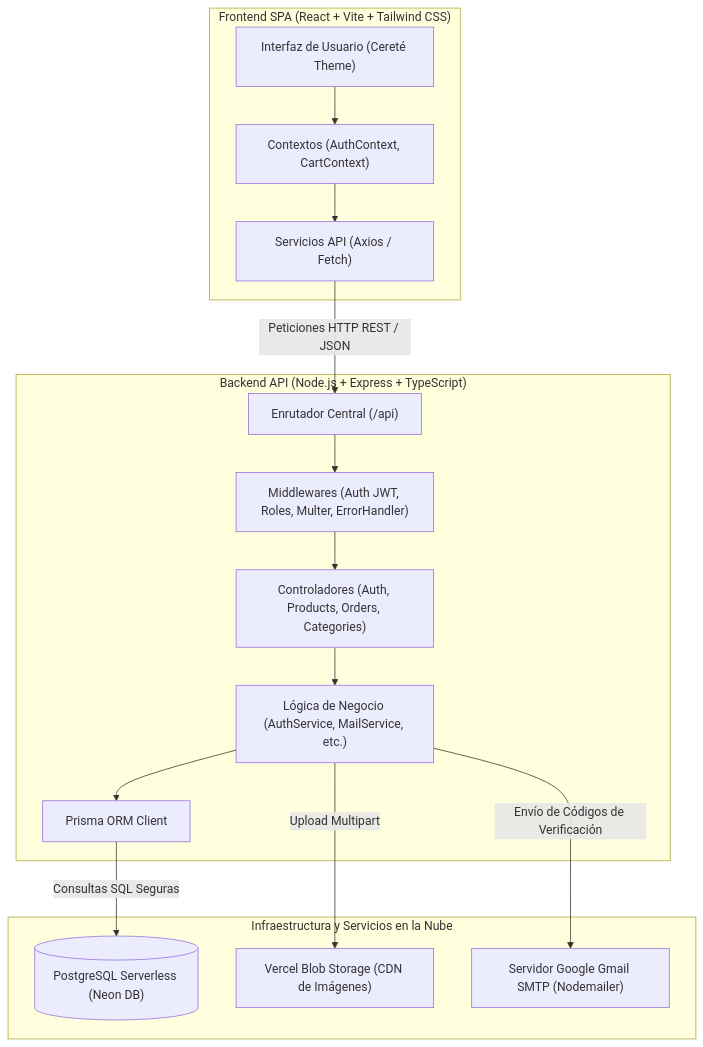
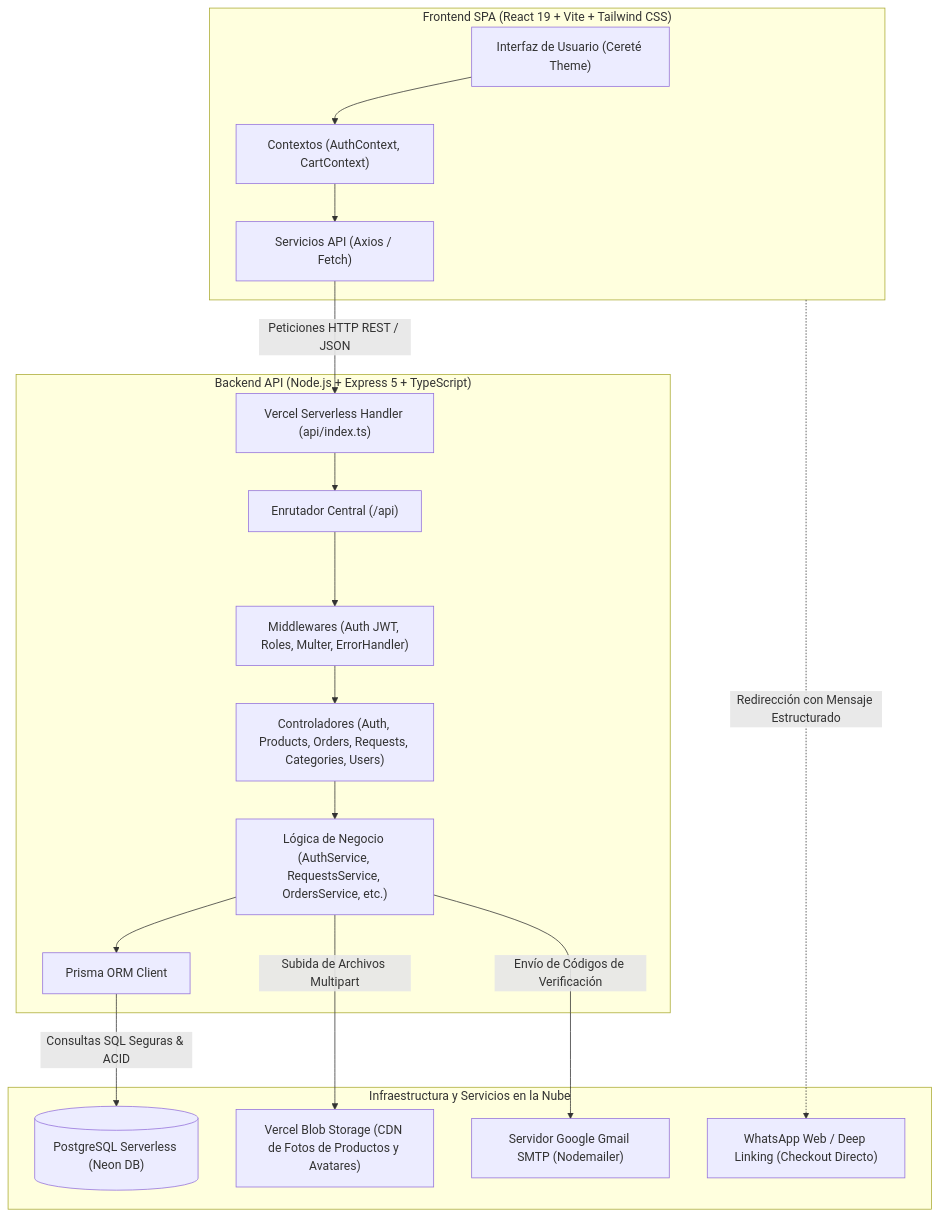
Before and after one commit to Richard-zip/ecomerce-backend: the first of 7 diagrams in README.md, drawn with Mermaid. The commit also changed other lines of this file, not shown here.

````diff
--- a/README.md
+++ b/README.md
@@ -84,34 +134,38 @@
 ```mermaid
 flowchart TD
-    subgraph Frontend["Frontend SPA (React + Vite + Tailwind CSS)"]
+    subgraph Frontend["Frontend SPA (React 19 + Vite + Tailwind CSS)"]
         UI["Interfaz de Usuario (Cereté Theme)"]
         State["Contextos (AuthContext, CartContext)"]
         ServiceLayer["Servicios API (Axios / Fetch)"]
         UI --> State
         State --> ServiceLayer
     end
 
-    subgraph Backend["Backend API (Node.js + Express + TypeScript)"]
+    subgraph Backend["Backend API (Node.js + Express 5 + TypeScript)"]
+        EntryServerless["Vercel Serverless Handler (api/index.ts)"]
         Router["Enrutador Central (/api)"]
         Middlewares["Middlewares (Auth JWT, Roles, Multer, ErrorHandler)"]
-        Controllers["Controladores (Auth, Products, Orders, Categories)"]
-        Services["Lógica de Negocio (AuthService, MailService, etc.)"]
+        Controllers["Controladores (Auth, Products, Orders, Requests, Categories, Users)"]
+        Services["Lógica de Negocio (AuthService, RequestsService, OrdersService, etc.)"]
         PrismaORM["Prisma ORM Client"]
 
+        EntryServerless --> Router
         Router --> Middlewares
         Middlewares --> Controllers
         Controllers --> Services
         Services --> PrismaORM
     end
 
     subgraph CloudServices["Infraestructura y Servicios en la Nube"]
         NeonDB[("PostgreSQL Serverless (Neon DB)")]
-        VercelBlob["Vercel Blob Storage (CDN de Imágenes)"]
+        VercelBlob["Vercel Blob Storage (CDN de Fotos de Productos y Avatares)"]
         GmailSMTP["Servidor Google Gmail SMTP (Nodemailer)"]
+        WhatsAppAPI["WhatsApp Web / Deep Linking (Checkout Directo)"]
     end
 
-    ServiceLayer -->|Peticiones HTTP REST / JSON| Router
-    PrismaORM -->|Consultas SQL Seguras| NeonDB
-    Services -->|Upload Multipart| VercelBlob
+    ServiceLayer -->|Peticiones HTTP REST / JSON| EntryServerless
+    PrismaORM -->|Consultas SQL Seguras & ACID| NeonDB
+    Services -->|Subida de Archivos Multipart| VercelBlob
     Services -->|Envío de Códigos de Verificación| GmailSMTP
+    Frontend -.->|Redirección con Mensaje Estructurado| WhatsAppAPI
 ```
````
